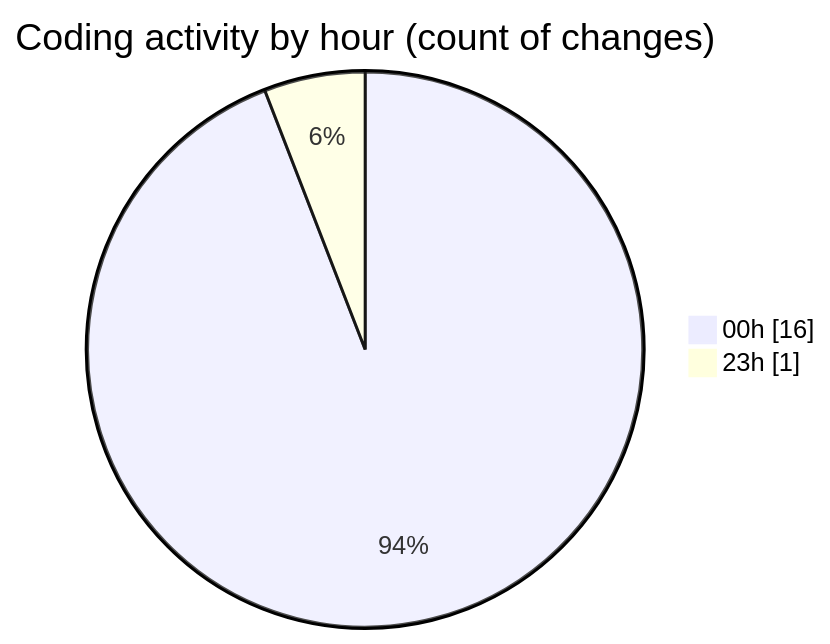
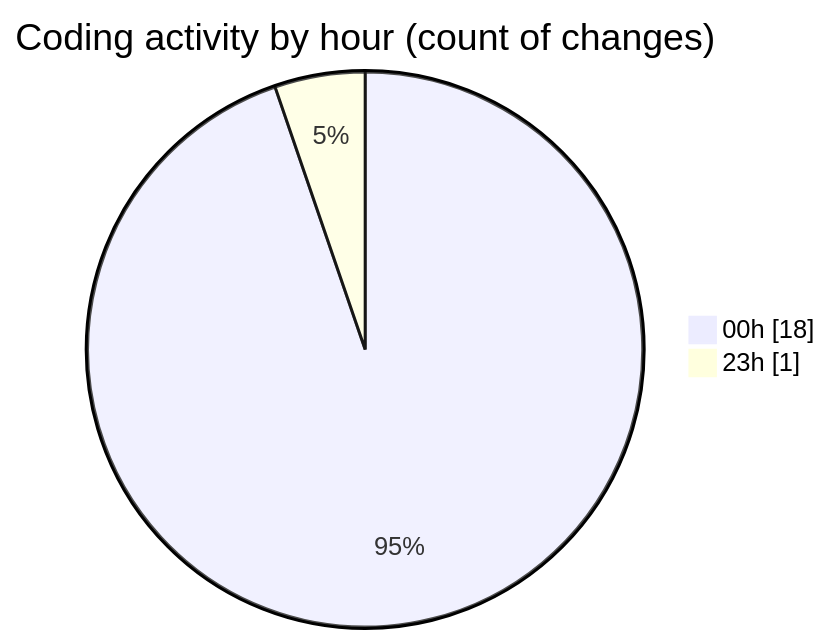
Before and after one commit to donsfak/code-tracking: the second of 2 diagrams in 2025-01-02/uber_clone/README.md, drawn with Mermaid. The commit also changed other lines of this file and 1 other file, not shown here.

````diff
--- a/2025-01-02/uber_clone/README.md
+++ b/2025-01-02/uber_clone/README.md
@@ -29,6 +29,6 @@
 ```mermaid
 pie showData
 title Coding activity by hour (count of changes)
-"00h" : 16
+"00h" : 18
 "23h" : 1
 ```
````
